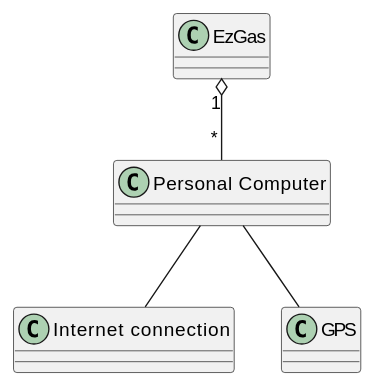
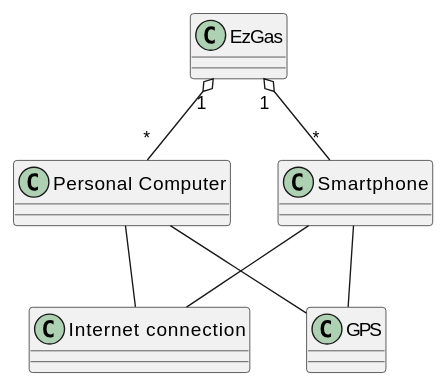
One commit to SoftengPoliTo/Lab2 changed the fourth of 4 diagrams in REQ_s277941.md. Above: the diagram before and after it, drawn with PlantUML. The commit also changed other lines of this file, not shown here.

````diff
--- a/REQ_s277941.md
+++ b/REQ_s277941.md
@@ -153,10 +176,14 @@
 ```plantuml
 class "EzGas"
 class "Personal Computer"
+class "Smartphone"
 class "Internet connection"
 class "GPS"
 
 EzGas "1" o-- "*" "Personal Computer"
+EzGas "1" o-- "*" "Smartphone"
 "Personal Computer" -- "GPS"
 "Personal Computer" -- "Internet connection"
+"Smartphone" -- "GPS"
+"Smartphone" -- "Internet connection"
 ```
````
